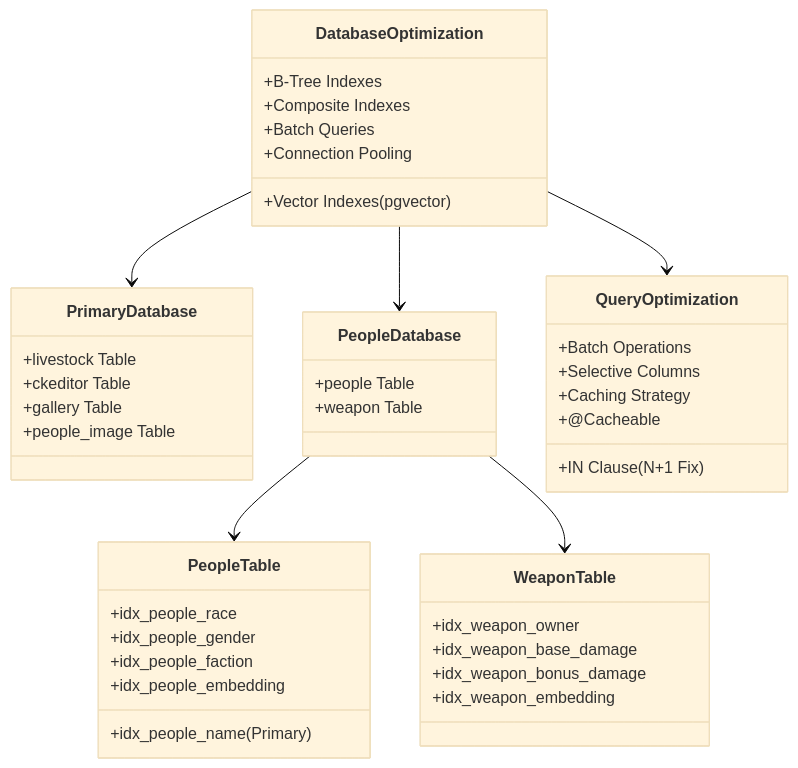
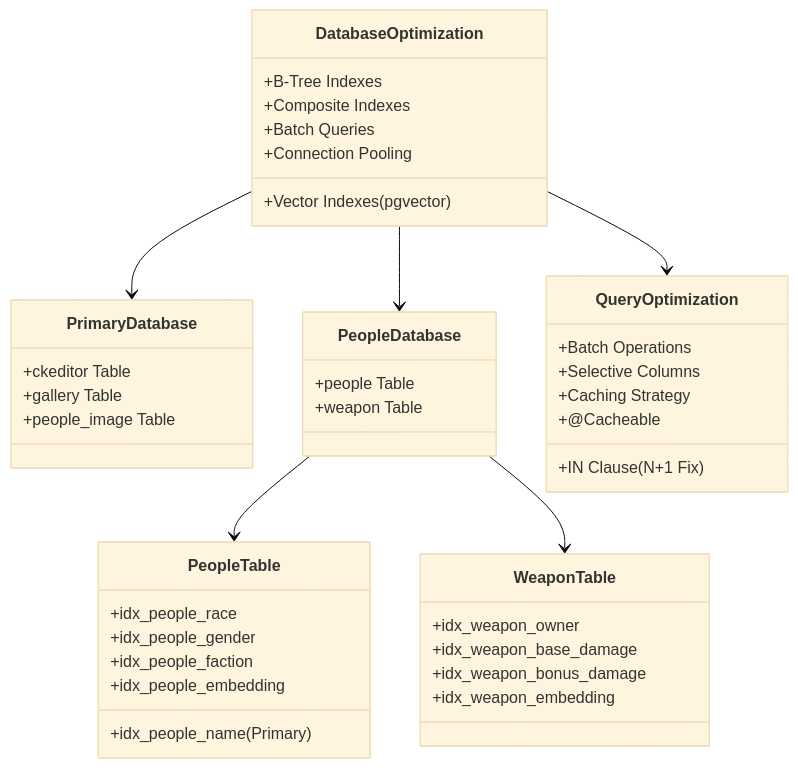
One commit to Vinskao/ty-multiverse-backend changed the third of 10 diagrams in README.md. Above: the diagram before and after it, drawn with Mermaid (base theme). The commit also changed other lines of this file and 22 other files, not shown here.

````diff
--- a/README.md
+++ b/README.md
@@ -159,51 +150,50 @@
 ```mermaid
 classDiagram
     class DatabaseOptimization {
         +B-Tree Indexes
         +Composite Indexes
         +Vector Indexes (pgvector)
         +Batch Queries
         +Connection Pooling
     }
     
     class PrimaryDatabase {
-        +livestock Table
         +ckeditor Table
         +gallery Table
         +people_image Table
     }
     
     class PeopleDatabase {
         +people Table
         +weapon Table
     }
     
     class PeopleTable {
         +idx_people_name (Primary)
         +idx_people_race
         +idx_people_gender
         +idx_people_faction
         +idx_people_embedding
     }
     
     class WeaponTable {
         +idx_weapon_owner
         +idx_weapon_base_damage
         +idx_weapon_bonus_damage
         +idx_weapon_embedding
     }
     
     class QueryOptimization {
         +IN Clause (N+1 Fix)
         +Batch Operations
         +Selective Columns
         +Caching Strategy
         +@Cacheable
     }
     
     DatabaseOptimization --> PrimaryDatabase
     DatabaseOptimization --> PeopleDatabase
     PeopleDatabase --> PeopleTable
     PeopleDatabase --> WeaponTable
     DatabaseOptimization --> QueryOptimization
 ```
````
